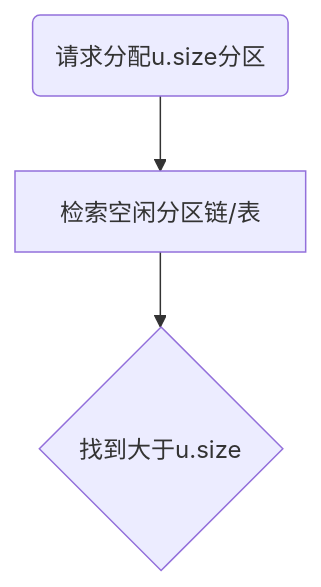
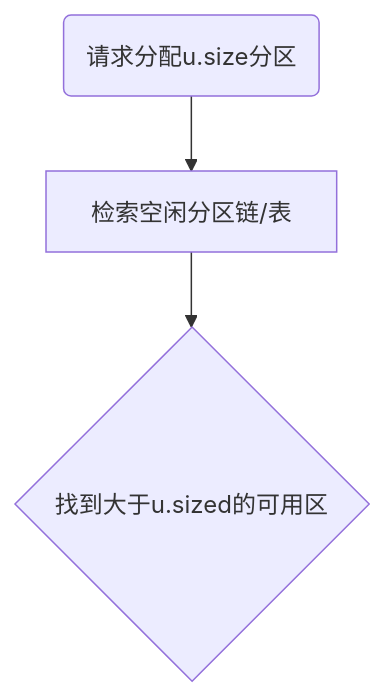
One commit to marktlen/Notebook_class-notes changed the diagram in 操作系统/内存管理.md. Above: the diagram before and after it, drawn with Mermaid. The commit also changed other lines of this file and 6 other files, not shown here.

````diff
--- a/操作系统/内存管理.md
+++ b/操作系统/内存管理.md
@@ -133,5 +138,5 @@
 ```mermaid
 graph TB
 a(请求分配u.size分区) --> b[检索空闲分区链/表 ]
-b--> c{找到大于u.size}
+b--> c{找到大于u.sized的可用区}
 ```
````
